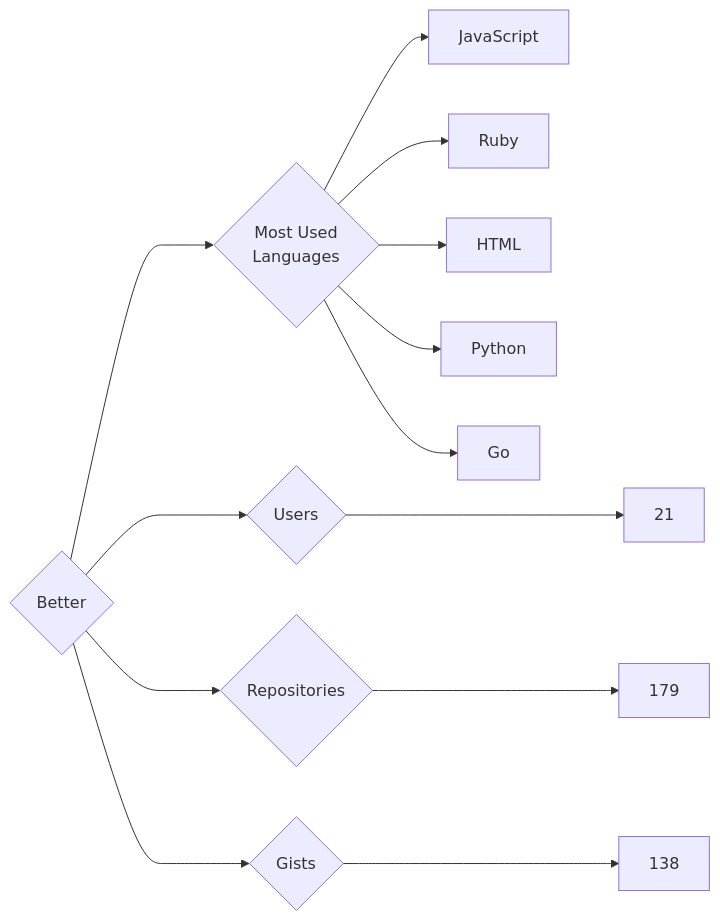
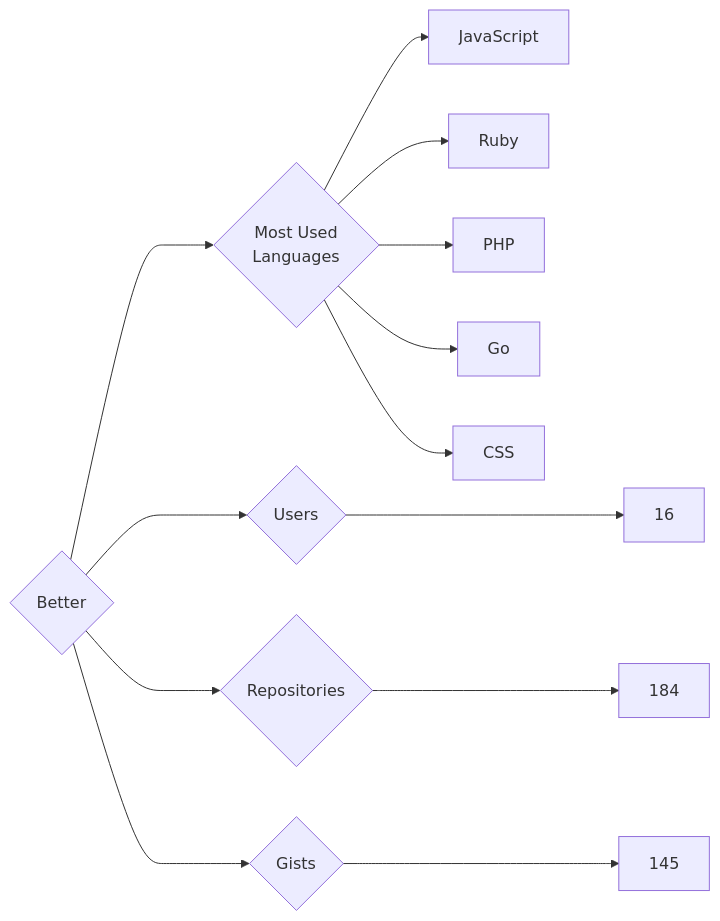
Before and after one commit to trickest/insiders: the diagram in targets/Better/README.md, drawn with Mermaid. The commit also changed 870 other files, not shown here.

````diff
--- a/targets/Better/README.md
+++ b/targets/Better/README.md
@@ -3,13 +3,13 @@
 ```mermaid
 graph LR
 COMPANY_NAME{Better}
-COMPANY_NAME ---> U{Users} ---> UN[21]
-COMPANY_NAME ---> R{Repositories} ---> RN[179]
-COMPANY_NAME ---> G{Gists} ---> GN[138]
+COMPANY_NAME ---> U{Users} ---> UN[16]
+COMPANY_NAME ---> R{Repositories} ---> RN[184]
+COMPANY_NAME ---> G{Gists} ---> GN[145]
 COMPANY_NAME ---> ML{Most Used<br>Languages}
 ML --> JavaScript[JavaScript]
 ML --> Ruby[Ruby]
-ML --> HTML[HTML]
-ML --> Python[Python]
+ML --> PHP[PHP]
 ML --> Go[Go]
+ML --> CSS[CSS]
 ```
````
